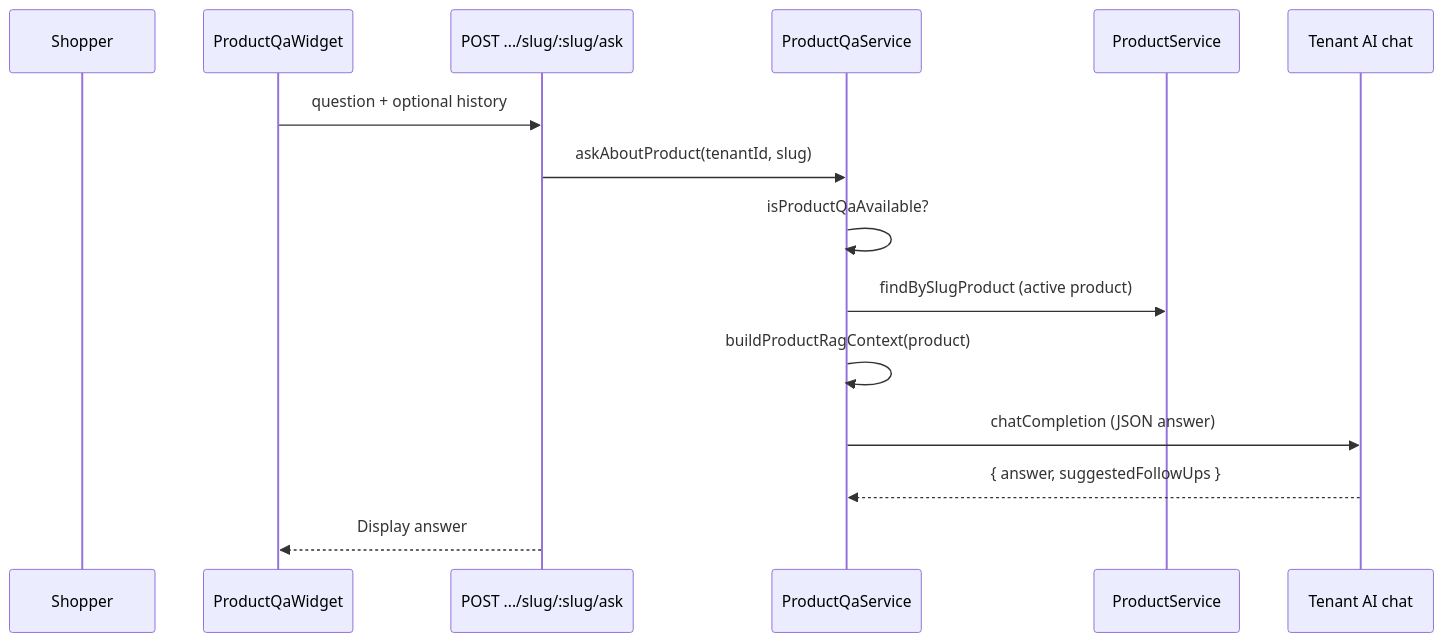
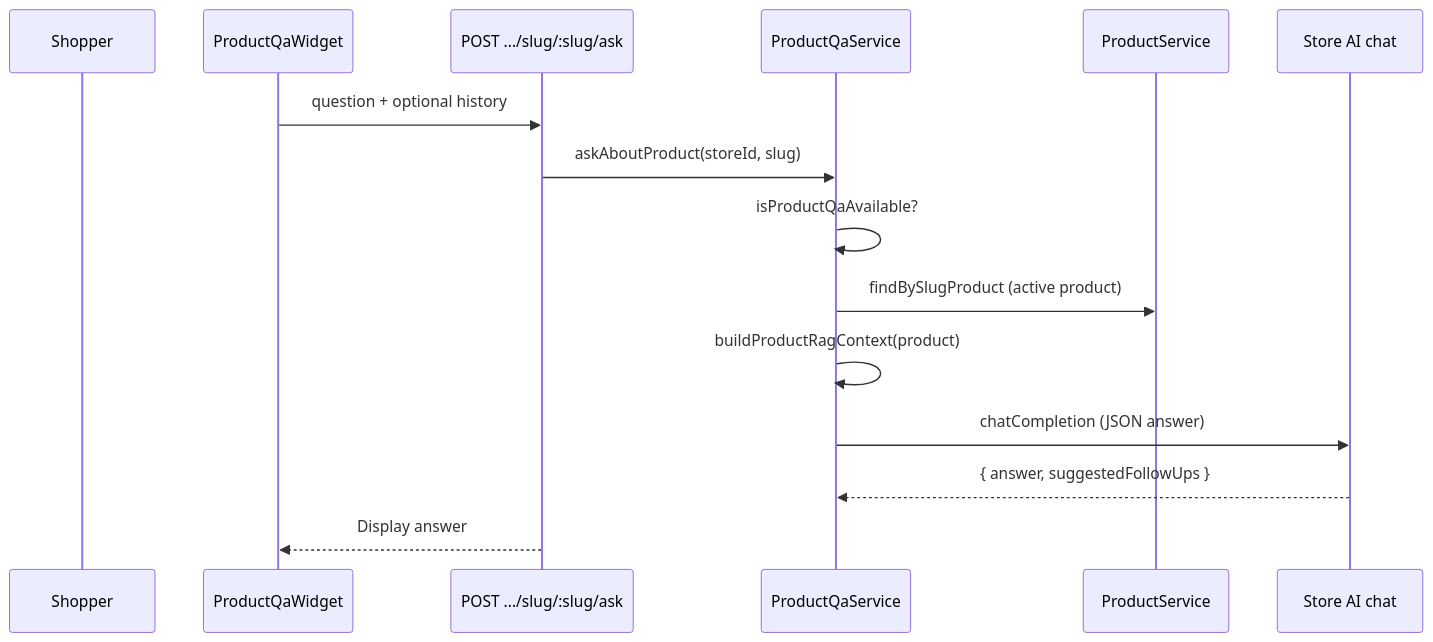
One commit to gowtamkumar/eCommerce-multi-store-saas-erp changed the fourth of 5 diagrams in doc/manuals/12_STOREFRONT_AI_GUIDE.md. Above: the diagram before and after it, drawn with Mermaid. The commit also changed other lines of this file and 764 other files, not shown here.

````diff
--- a/doc/manuals/12_STOREFRONT_AI_GUIDE.md
+++ b/doc/manuals/12_STOREFRONT_AI_GUIDE.md
@@ -265,18 +265,18 @@
 ```mermaid
 sequenceDiagram
   participant Shopper
   participant W as ProductQaWidget
   participant API as POST .../slug/:slug/ask
   participant QA as ProductQaService
   participant PS as ProductService
-  participant LLM as Tenant AI chat
+  participant LLM as Store AI chat
 
   W->>API: question + optional history
-  API->>QA: askAboutProduct(tenantId, slug)
+  API->>QA: askAboutProduct(storeId, slug)
   QA->>QA: isProductQaAvailable?
   QA->>PS: findBySlugProduct (active product)
   QA->>QA: buildProductRagContext(product)
   QA->>LLM: chatCompletion (JSON answer)
   LLM-->>QA: { answer, suggestedFollowUps }
   API-->>W: Display answer
 ```
````
